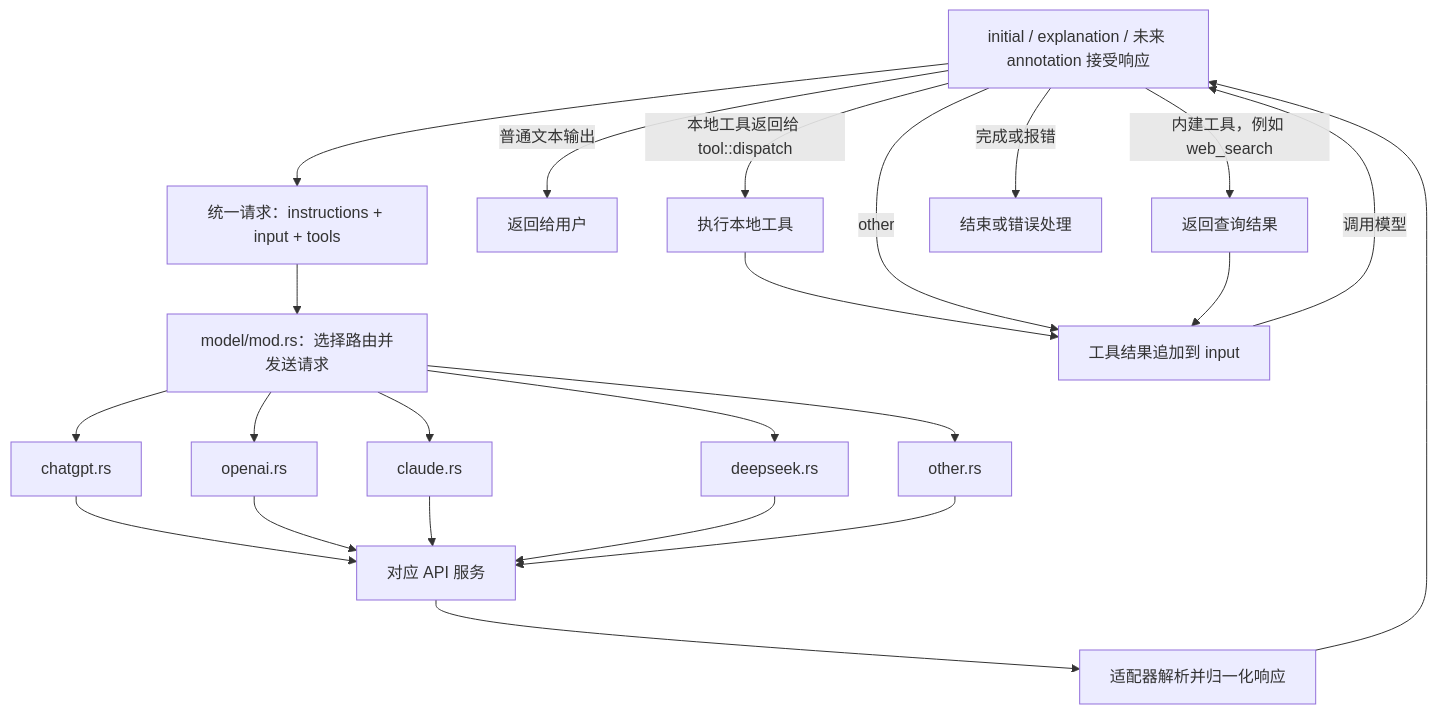
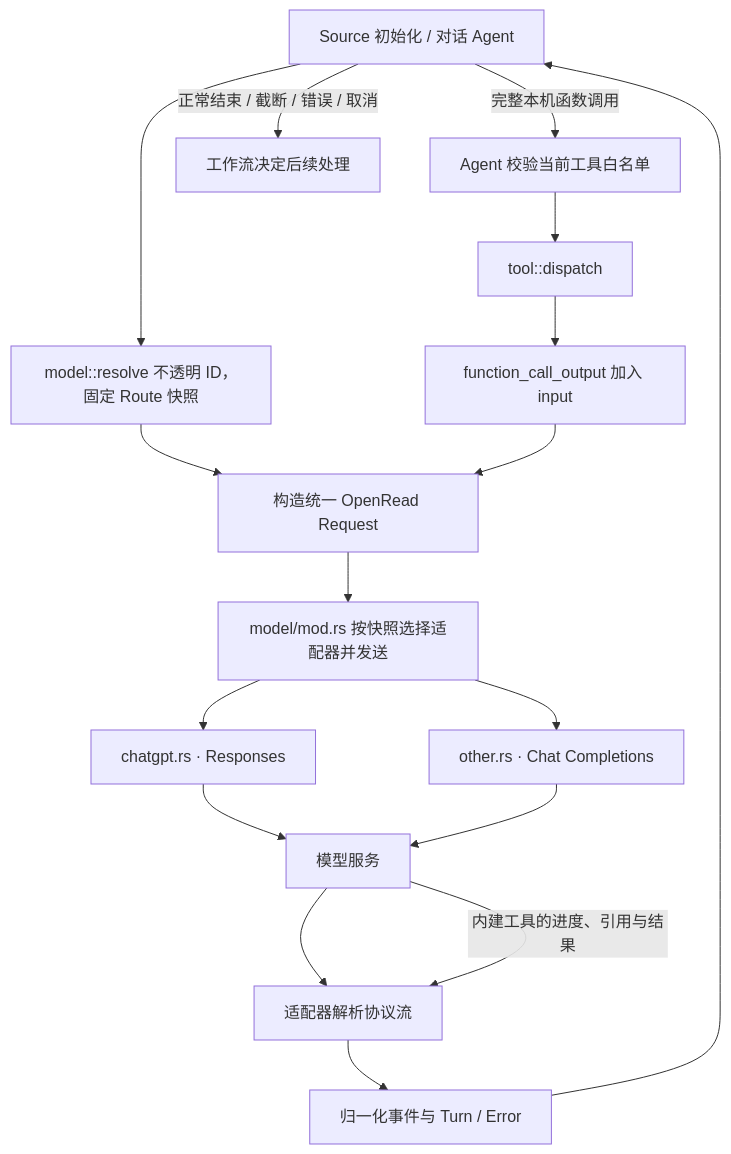
The diagram in desktop/backend/agent/model/README.md (zyc-lIIll/OpenRead), drawn with Mermaid before and after one commit. The commit also changed other lines of this file and 44 other files, not shown here.

````diff
--- a/desktop/backend/agent/model/README.md
+++ b/desktop/backend/agent/model/README.md
@@ -112,25 +79,19 @@
 ```mermaid
 flowchart TD
-    A["initial / explanation / 未来 annotation 接受响应"] --> B["统一请求：instructions + input + tools"]
-    B --> C["model/mod.rs：选择路由并发送请求"]
-    C --> D["chatgpt.rs"]
-    C --> H["openai.rs"]
-    C --> I["claude.rs"]
-    C --> J["deepseek.rs"]
-    C --> K["other.rs"]
-    D --> L["对应 API 服务"]
-    H --> L
-    I --> L
-    J --> L
-    K --> L
-    L --> F["适配器解析并归一化响应"]
-    F --> A
-    A -->|普通文本输出| M["返回给用户"]
-    A -->|本地工具返回给 tool::dispatch| N["执行本地工具"]
-    N --> O["工具结果追加到 input"]
-    A -->|内建工具，例如 web_search| P["返回查询结果"]
-    A -->|other| O
-    P --> O
-    A -->|完成或报错| Q["结束或错误处理"]
-    O -->|调用模型| A
+    A[Source 初始化 / 对话 Agent] --> B[model::resolve 不透明 ID，固定 Route 快照]
+    B --> C[构造统一 OpenRead Request]
+    C --> D[model/mod.rs 按快照选择适配器并发送]
+    D --> E[chatgpt.rs · Responses]
+    D --> F[other.rs · Chat Completions]
+    E --> G[模型服务]
+    F --> G
+    G --> H[适配器解析协议流]
+    H --> I[归一化事件与 Turn / Error]
+    I --> A
+    A -->|完整本机函数调用| J[Agent 校验当前工具白名单]
+    J --> K[tool::dispatch]
+    K --> L[function_call_output 加入 input]
+    L --> C
+    G -->|内建工具的进度、引用与结果| H
+    A -->|正常结束 / 截断 / 错误 / 取消| M[工作流决定后续处理]
 ```
````
